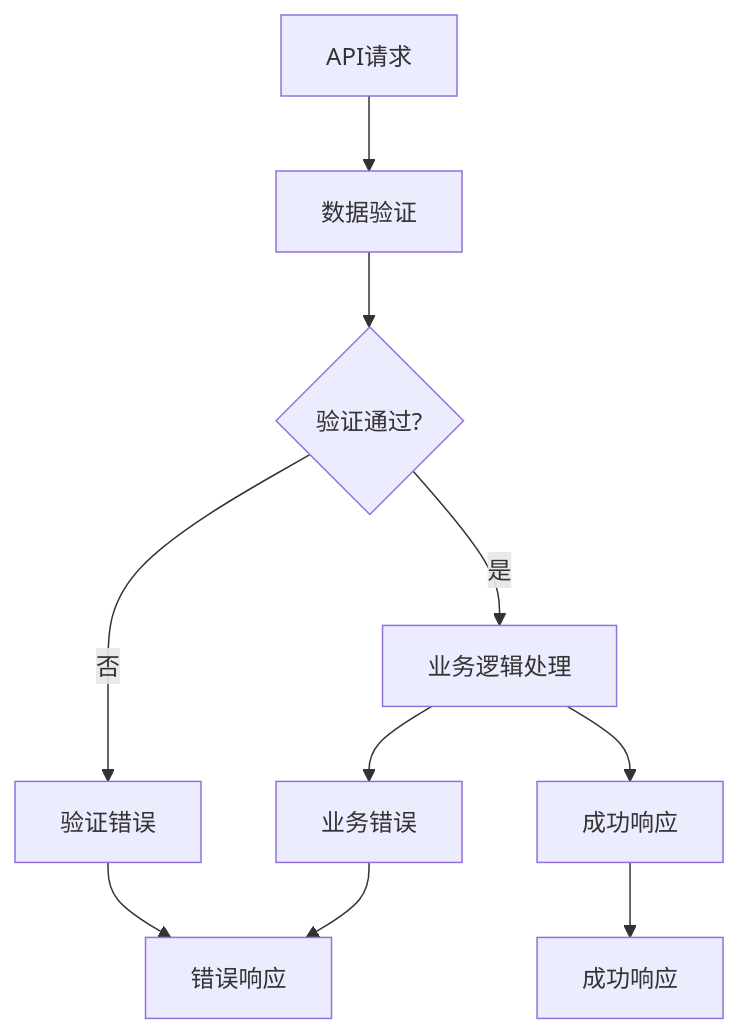
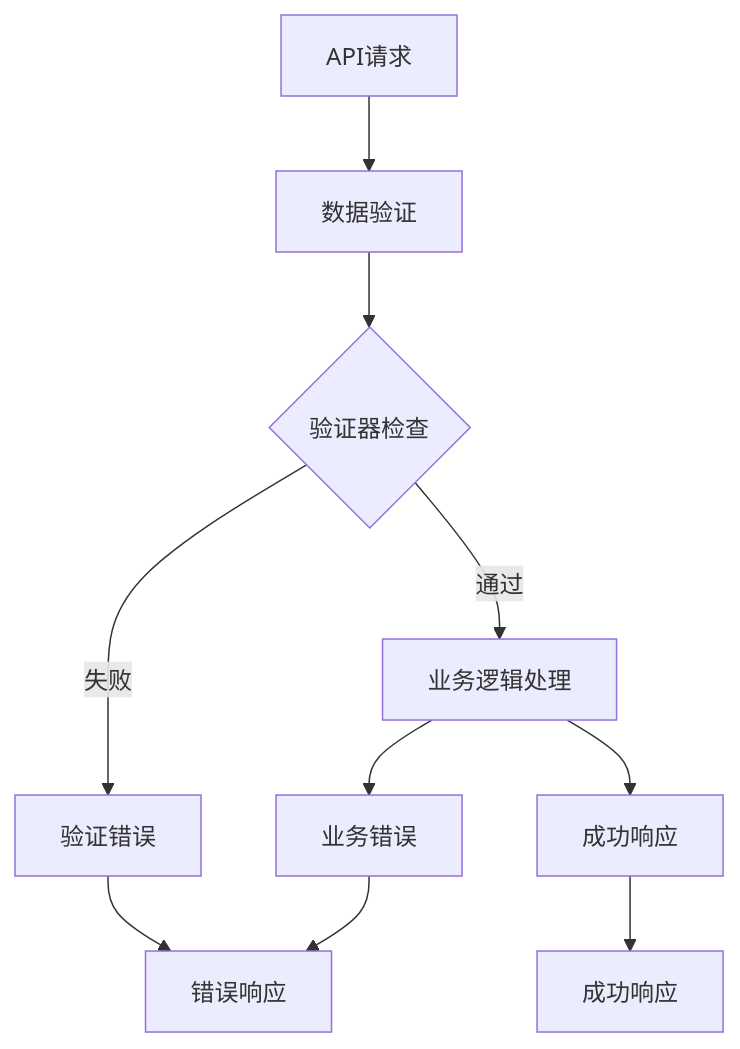
One commit to taoweidong/Hello-FastApi changed the sixth of 6 diagrams in .qoder/repowiki/zh/content/Department Management.md. Above: the diagram before and after it, drawn with Mermaid. The commit also changed other lines of this file and 71 other files, not shown here.

````diff
--- a/.qoder/repowiki/zh/content/Department Management.md
+++ b/.qoder/repowiki/zh/content/Department Management.md
@@ -363,12 +432,12 @@
 ```mermaid
 flowchart TD
 Request[API请求] --> Validation[数据验证]
-Validation --> Valid{验证通过?}
-Valid --> |否| ValidationError[验证错误]
-Valid --> |是| BusinessLogic[业务逻辑处理]
+Validation --> ValidatorCheck{验证器检查}
+ValidatorCheck --> |通过| BusinessLogic[业务逻辑处理]
+ValidatorCheck --> |失败| ValidationError[验证错误]
 BusinessLogic --> BusinessError[业务错误]
 BusinessLogic --> Success[成功响应]
 ValidationError --> ErrorResp[错误响应]
 BusinessError --> ErrorResp
 Success --> SuccessResp[成功响应]
 ```
````
